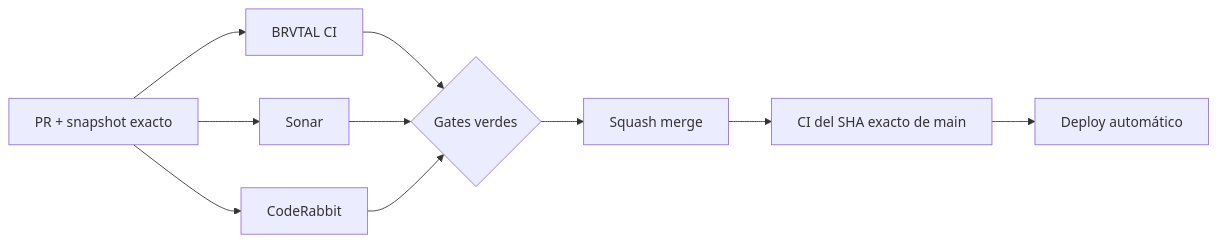
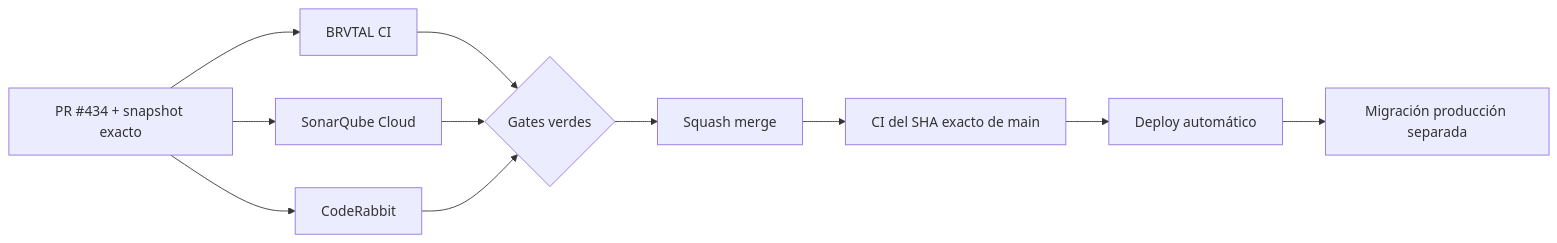
One commit to pl0n3r/brvtal changed the diagram in README.md. Above: the diagram before and after it, drawn with Mermaid. The commit also changed other lines of this file, not shown here.

Commit message:
docs: refresh Memories deploy snapshot on current main

````diff
--- a/README.md
+++ b/README.md
@@ -31,12 +31,13 @@
 ```mermaid
 flowchart LR
-    A["PR + snapshot exacto"] --> B["BRVTAL CI"]
-    A --> C["Sonar"]
+    A["PR #434 + snapshot exacto"] --> B["BRVTAL CI"]
+    A --> C["SonarQube Cloud"]
     A --> D["CodeRabbit"]
     B --> E{"Gates verdes"}
     C --> E
     D --> E
     E --> F["Squash merge"]
     F --> G["CI del SHA exacto de main"]
     G --> H["Deploy automático"]
+    H --> I["Migración producción separada"]
 ```
````
